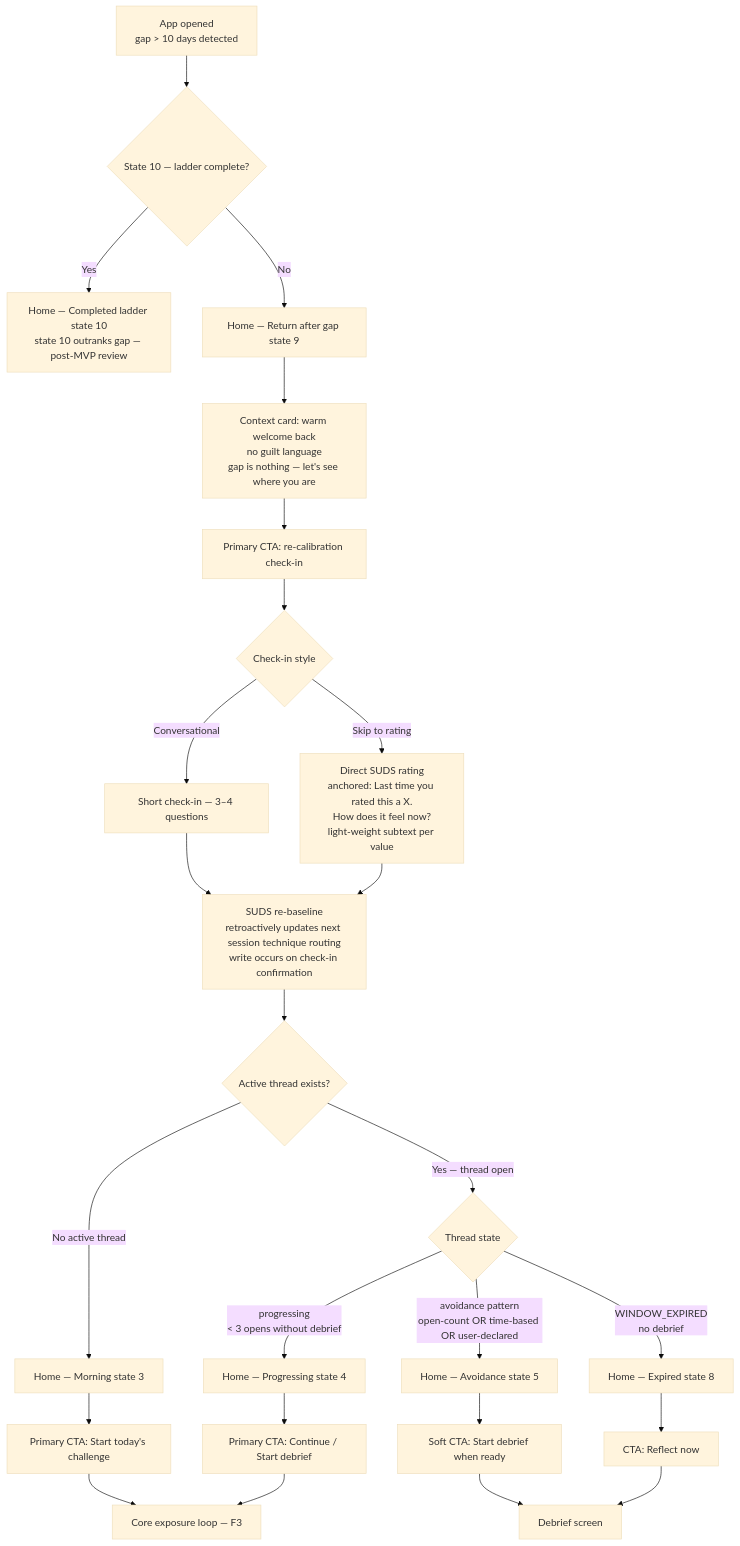
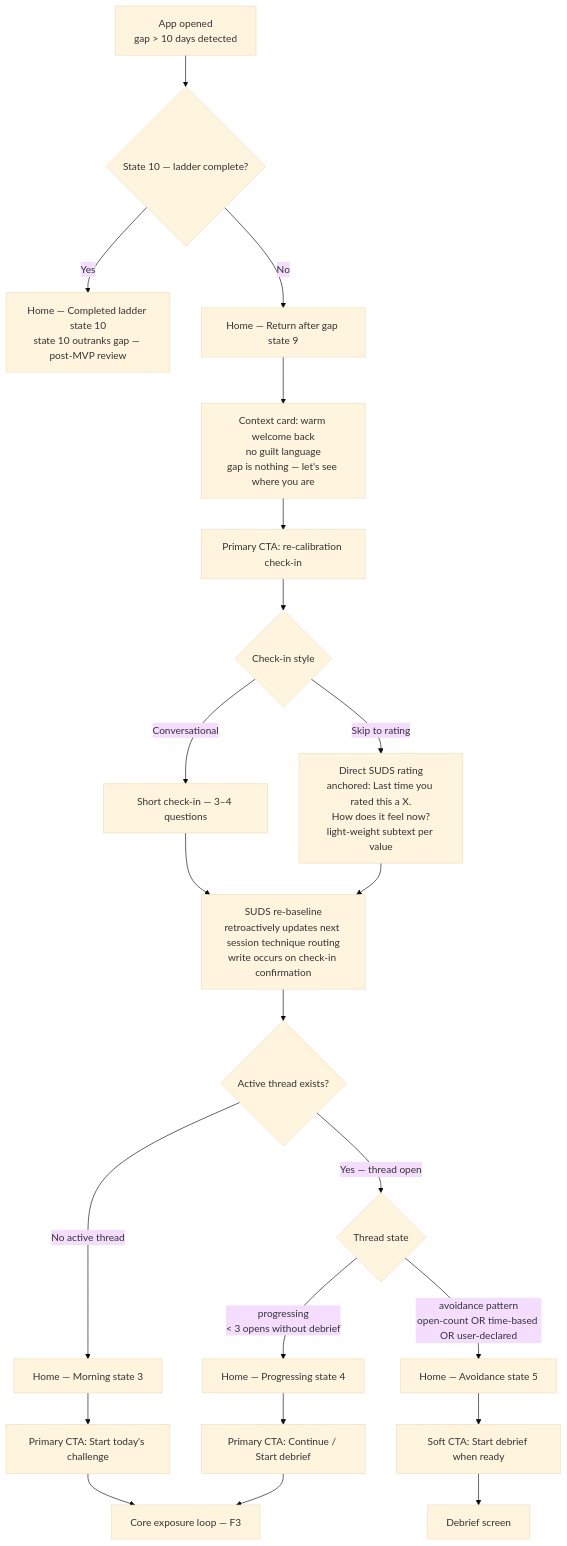
Before and after one commit to amitabhn/exposure-buddy-5: the fifth of 5 diagrams in _bmad-output/planning-artifacts/ux-design-specification/user-journey-flows.md, drawn with Mermaid (base theme). The commit also changed other lines of this file and 30 other files, not shown here.

````diff
--- a/_bmad-output/planning-artifacts/ux-design-specification/user-journey-flows.md
+++ b/_bmad-output/planning-artifacts/ux-design-specification/user-journey-flows.md
@@ -182,27 +182,24 @@
 ```mermaid
 flowchart TD
     A[App opened\ngap > 10 days detected] --> B{State 10 — ladder complete?}
     B -->|Yes| C[Home — Completed ladder state 10\nstate 10 outranks gap — post-MVP review]
     B -->|No| D[Home — Return after gap state 9]
     D --> E[Context card: warm welcome back\nno guilt language\ngap is nothing — let's see where you are]
     E --> F[Primary CTA: re-calibration check-in]
     F --> G{Check-in style}
     G -->|Conversational| H[Short check-in — 3–4 questions]
     G -->|Skip to rating| I[Direct SUDS rating\nanchored: Last time you rated this a X.\nHow does it feel now?\nlight-weight subtext per value]
     H --> J[SUDS re-baseline\nretroactively updates next session technique routing\nwrite occurs on check-in confirmation]
     I --> J
     J --> K{Active thread exists?}
     K -->|No active thread| L[Home — Morning state 3]
     L --> M[Primary CTA: Start today's challenge]
     K -->|Yes — thread open| N{Thread state}
     N -->|progressing\n< 3 opens without debrief| O[Home — Progressing state 4]
     N -->|avoidance pattern\nopen-count OR time-based OR user-declared| P[Home — Avoidance state 5]
-    N -->|WINDOW_EXPIRED\nno debrief| Q[Home — Expired state 8]
     O --> R[Primary CTA: Continue / Start debrief]
     P --> S[Soft CTA: Start debrief when ready]
-    Q --> T[CTA: Reflect now]
     R --> U[Core exposure loop — F3]
     S --> V[Debrief screen]
-    T --> V
     M --> U
 ```
````
